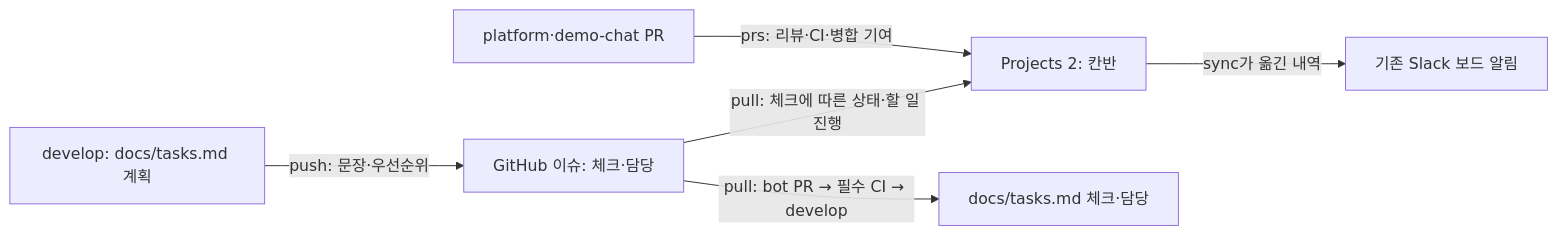
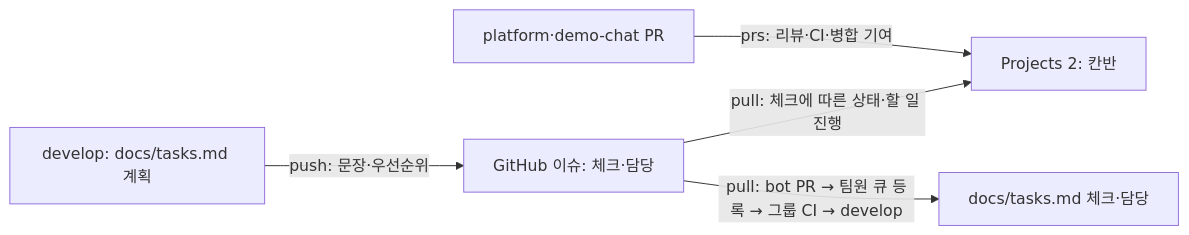
One commit to Softbank-Hackathon-Finals/platform changed the diagram in docs/project-board.md. Above: the diagram before and after it, drawn with Mermaid. The commit also changed other lines of this file and 1 other file, not shown here.

````diff
--- a/docs/project-board.md
+++ b/docs/project-board.md
@@ -5,8 +5,7 @@
 ```mermaid
 flowchart LR
   Plan["develop: docs/tasks.md 계획"] -->|"push: 문장·우선순위"| Issue["GitHub 이슈: 체크·담당"]
   Issue -->|"pull: 체크에 따른 상태·할 일 진행"| Board["Projects 2: 칸반"]
   PR["platform·demo-chat PR"] -->|"prs: 리뷰·CI·병합 기여"| Board
-  Issue -->|"pull: bot PR → 필수 CI → develop"| Local["docs/tasks.md 체크·담당"]
-  Board -->|"sync가 옮긴 내역"| Slack["기존 Slack 보드 알림"]
+  Issue -->|"pull: bot PR → 팀원 큐 등록 → 그룹 CI → develop"| Local["docs/tasks.md 체크·담당"]
 ```
````
